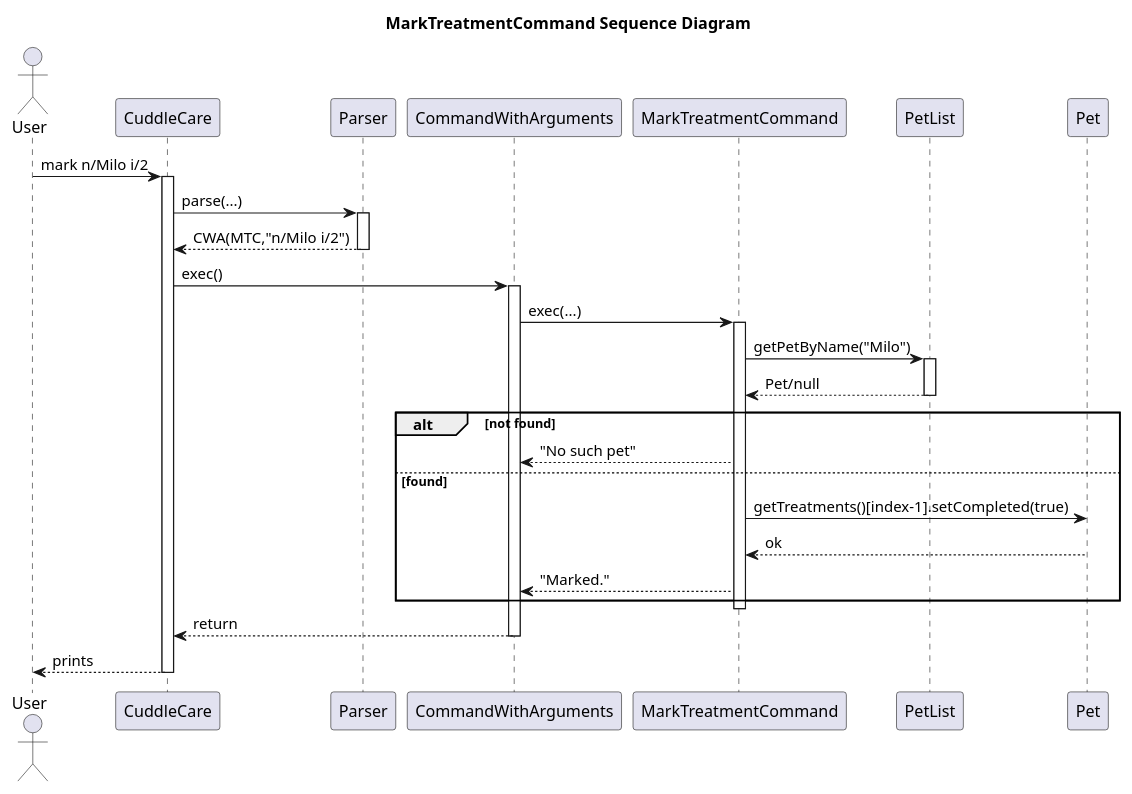
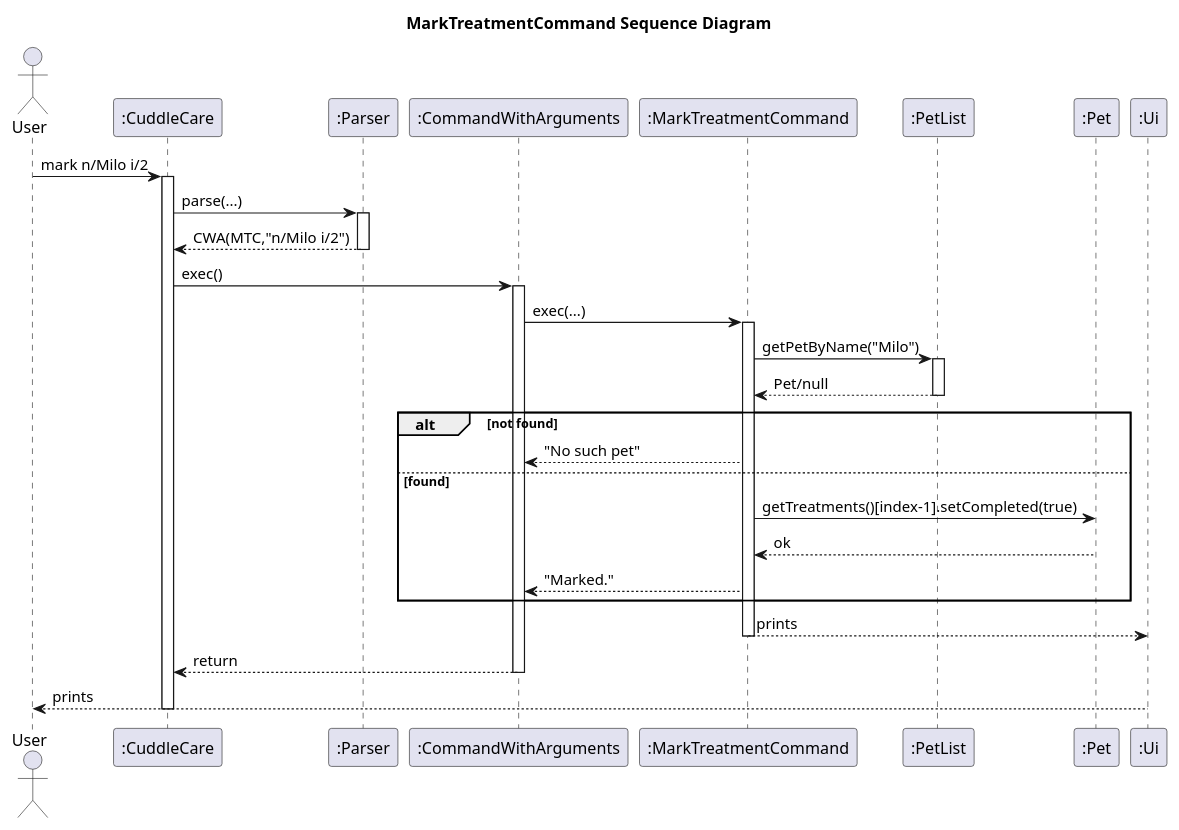
One commit to Kevin88866/tp changed the diagram in docs/uml/MarkTreatmentCommand_Sequence_Diagram.puml. Above: the diagram before and after it, drawn with PlantUML. The commit also changed 19 other files, not shown here.

First line of the commit message:
update class and sequence diagram of listpet, mark/unmarktreatments, edit pet, group treatments by type

```diff
--- a/docs/uml/MarkTreatmentCommand_Sequence_Diagram.puml
+++ b/docs/uml/MarkTreatmentCommand_Sequence_Diagram.puml
@@ -1,39 +1,41 @@
 @startuml
 title MarkTreatmentCommand Sequence Diagram
 actor User
-participant CuddleCare
-participant Parser
-participant CommandWithArguments as CWA
-participant MarkTreatmentCommand as MTC
-participant PetList
-participant Pet
+participant ":CuddleCare" as CuddleCare
+participant ":Parser" as Parser
+participant ":CommandWithArguments" as CWA
+participant ":MarkTreatmentCommand" as MTC
+participant ":PetList" as PetList
+participant ":Pet" as Pet
+participant ":Ui" as Ui
 
 User -> CuddleCare : mark n/Milo i/2
 activate CuddleCare
 CuddleCare -> Parser : parse(...)
 activate Parser
 Parser --> CuddleCare : CWA(MTC,"n/Milo i/2")
 deactivate Parser
 
 CuddleCare -> CWA : exec()
 activate CWA
 CWA -> MTC : exec(...)
 activate MTC
 MTC -> PetList : getPetByName("Milo")
 activate PetList
 PetList --> MTC : Pet/null
 deactivate PetList
 
 alt not found
   MTC --> CWA : "No such pet"
 else found
   MTC -> Pet : getTreatments()[index-1].setCompleted(true)
   Pet --> MTC : ok
   MTC --> CWA : "Marked."
 end
+  MTC --> Ui : prints
 deactivate MTC
 CWA --> CuddleCare : return
 deactivate CWA
-CuddleCare --> User : prints
+Ui --> User : prints
 deactivate CuddleCare
 @enduml
```
